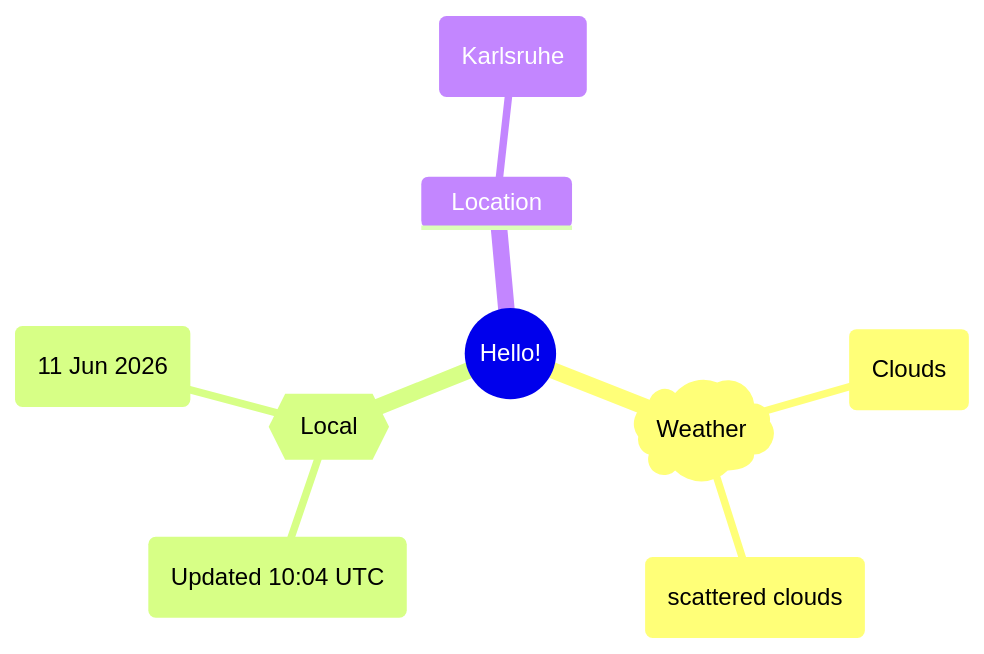
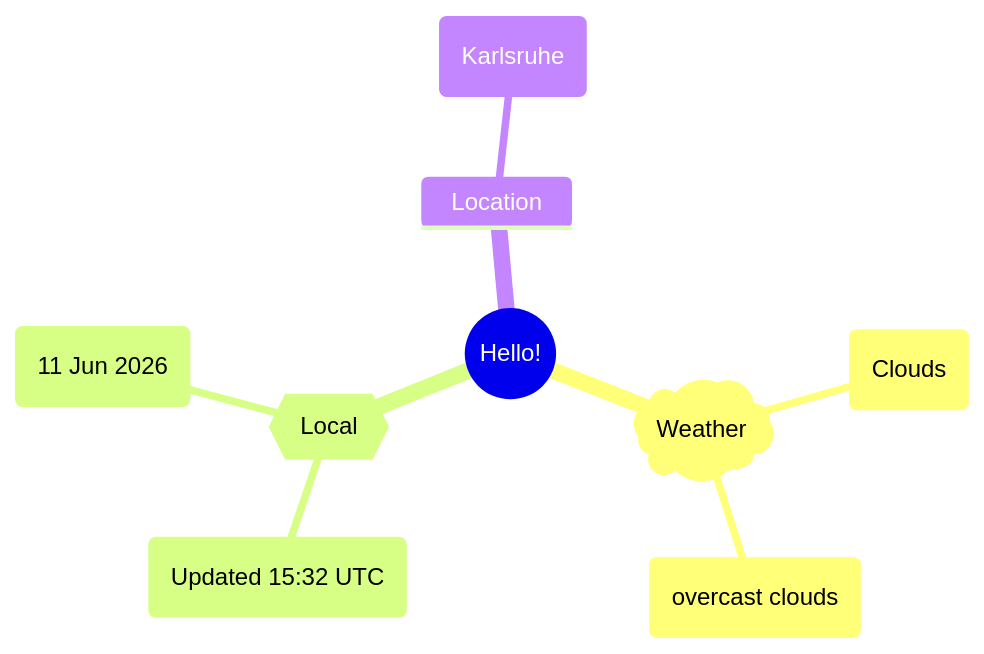
One commit to Xosrov/Xosrov changed the first of 2 diagrams in README.md. Above: the diagram before and after it, drawn with Mermaid.

Commit message:
[bot] updated images

````diff
--- a/README.md
+++ b/README.md
@@ -3,12 +3,12 @@
 ```mermaid
 mindmap
   root((Hello!))
     )Weather(
         (Clouds)
-        (scattered clouds)
+        (overcast clouds)
     {{Local}}
-        (Updated 10:04 UTC)
+        (Updated 15:32 UTC)
         (11 Jun 2026)
     Location
         (Karlsruhe)
 ```
````
